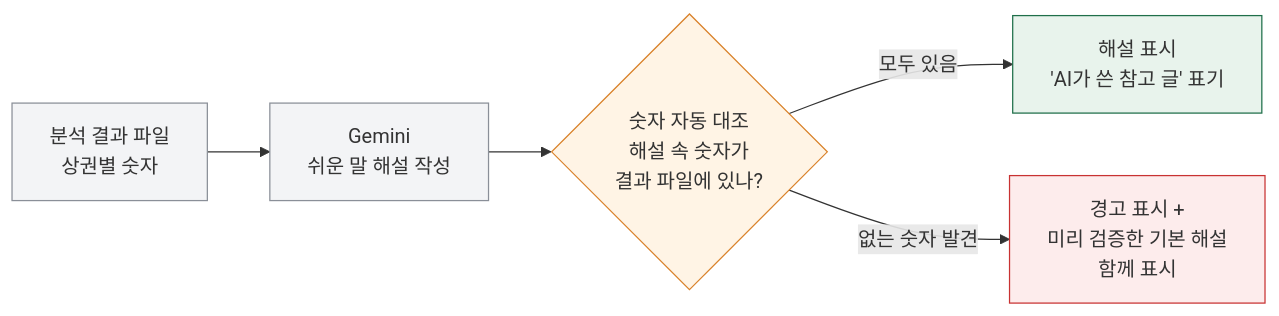
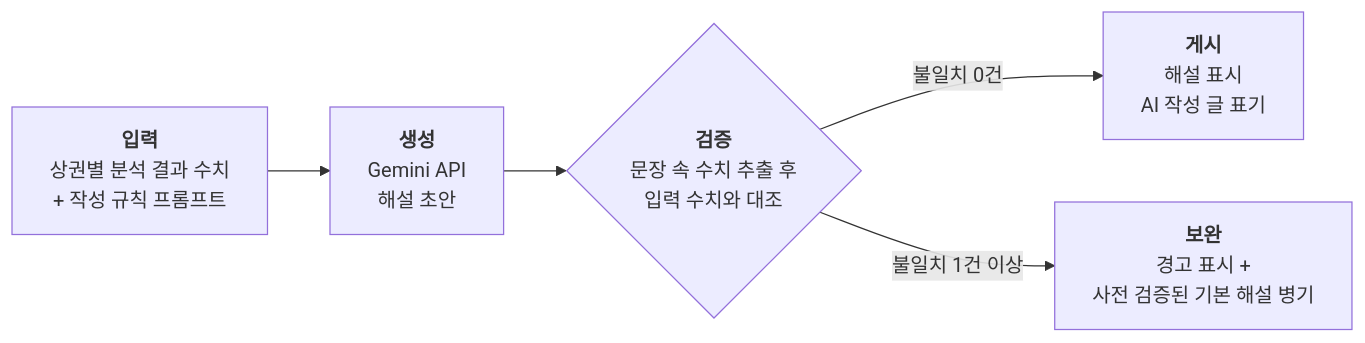
One commit to KangSeungWan/Commercial-Area-Analysis changed the third of 4 diagrams in README.md. Above: the diagram before and after it, drawn with Mermaid. The commit also changed other lines of this file and 1 other file, not shown here.

````diff
--- a/README.md
+++ b/README.md
@@ -124,12 +136,7 @@
 ```mermaid
 flowchart LR
-  A["분석 결과 파일<br/>상권별 숫자"] --> B["Gemini<br/>쉬운 말 해설 작성"]
-  B --> C{"숫자 자동 대조<br/>해설 속 숫자가<br/>결과 파일에 있나?"}
-  C -- "모두 있음" --> D["해설 표시<br/>'AI가 쓴 참고 글' 표기"]
-  C -- "없는 숫자 발견" --> E["경고 표시 +<br/>미리 검증한 기본 해설<br/>함께 표시"]
-  style A fill:#f3f4f6,stroke:#8a8f98
-  style B fill:#f3f4f6,stroke:#8a8f98
-  style C fill:#fff4e5,stroke:#d9822b
-  style D fill:#e8f3ec,stroke:#1f6f4a
-  style E fill:#fdecec,stroke:#c83232
+  A["<b>입력</b><br/>상권별 분석 결과 수치<br/>+ 작성 규칙 프롬프트"] --> B["<b>생성</b><br/>Gemini API<br/>해설 초안"]
+  B --> C{"<b>검증</b><br/>문장 속 수치 추출 후<br/>입력 수치와 대조"}
+  C -- "불일치 0건" --> D["<b>게시</b><br/>해설 표시<br/>AI 작성 글 표기"]
+  C -- "불일치 1건 이상" --> E["<b>보완</b><br/>경고 표시 +<br/>사전 검증된 기본 해설 병기"]
 ```
````
